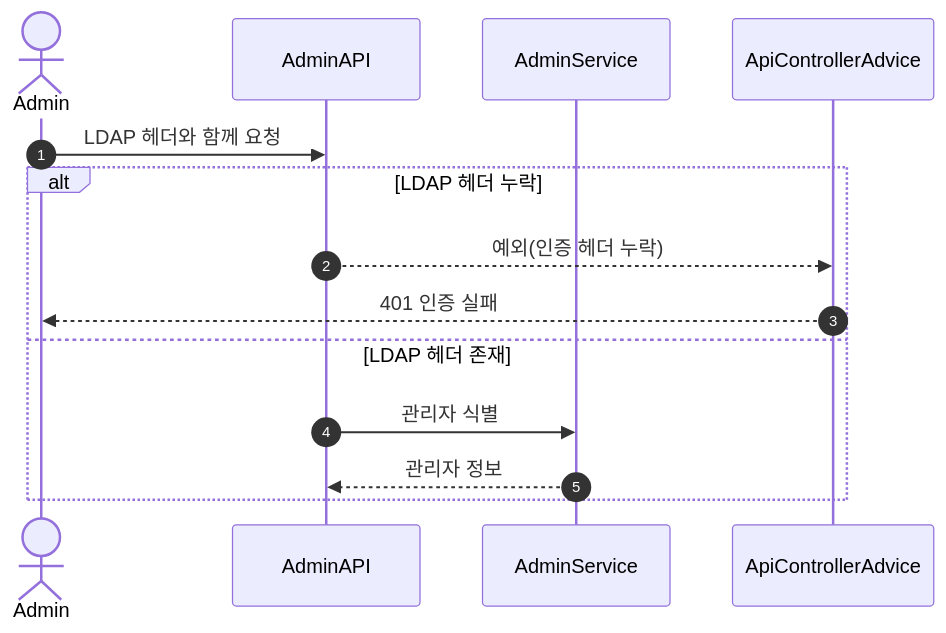
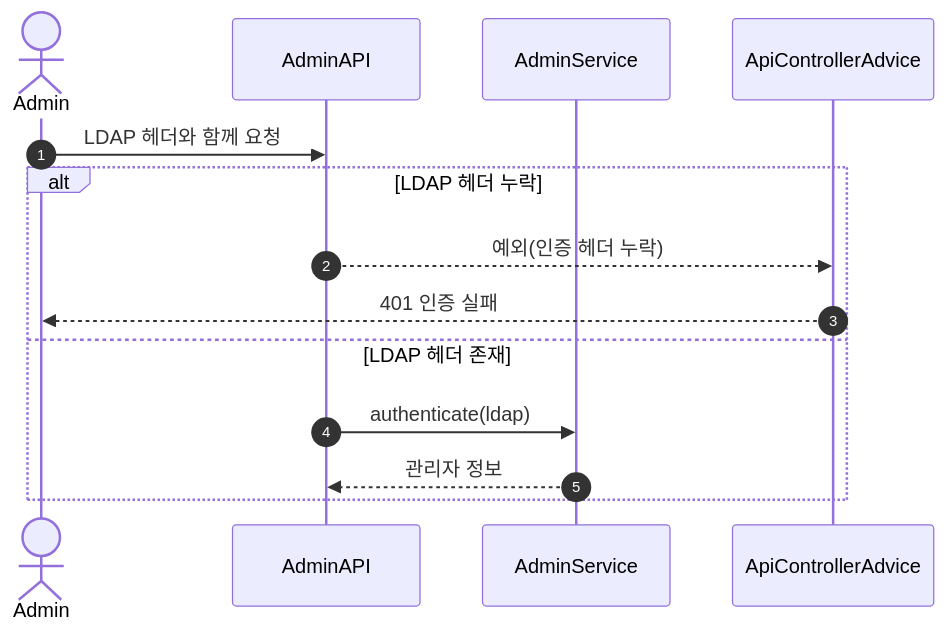
Before and after one commit to scv74502/be-theory-kotlin: the second of 11 diagrams in docs/design/02-sequence-diagrams.md, drawn with Mermaid. The commit also changed other lines of this file and 3 other files, not shown here.

Commit message:
[docs] 요구사항 보완 및 시퀀스 다이어그램, 클래스 다이어그램, erd 추가

````diff
--- a/docs/design/02-sequence-diagrams.md
+++ b/docs/design/02-sequence-diagrams.md
@@ -76,17 +76,17 @@
 ```mermaid
 sequenceDiagram
     autonumber
     actor Admin
     participant AdminAPI
     participant AdminService
     participant Advice as ApiControllerAdvice
 
     Admin->>AdminAPI: LDAP 헤더와 함께 요청
     alt LDAP 헤더 누락
         AdminAPI-->>Advice: 예외(인증 헤더 누락)
         Advice-->>Admin: 401 인증 실패
     else LDAP 헤더 존재
-        AdminAPI->>AdminService: 관리자 식별
+        AdminAPI->>AdminService: authenticate(ldap)
         AdminService-->>AdminAPI: 관리자 정보
     end
 ```
````
